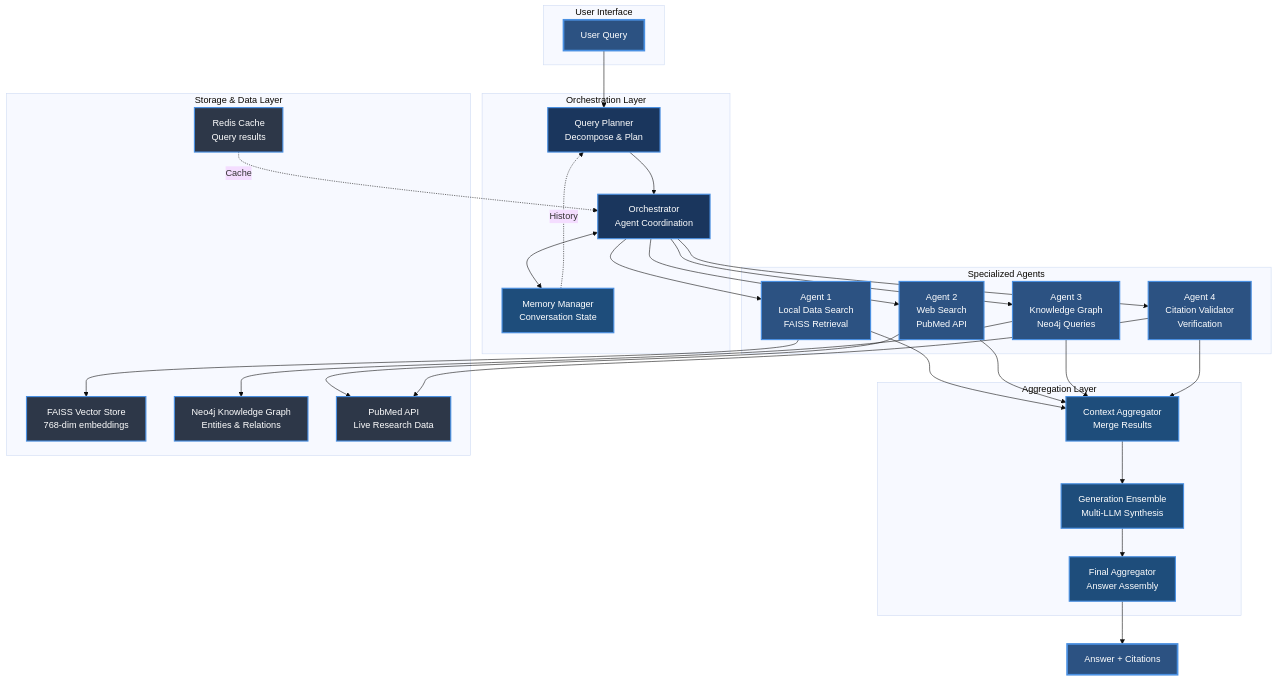
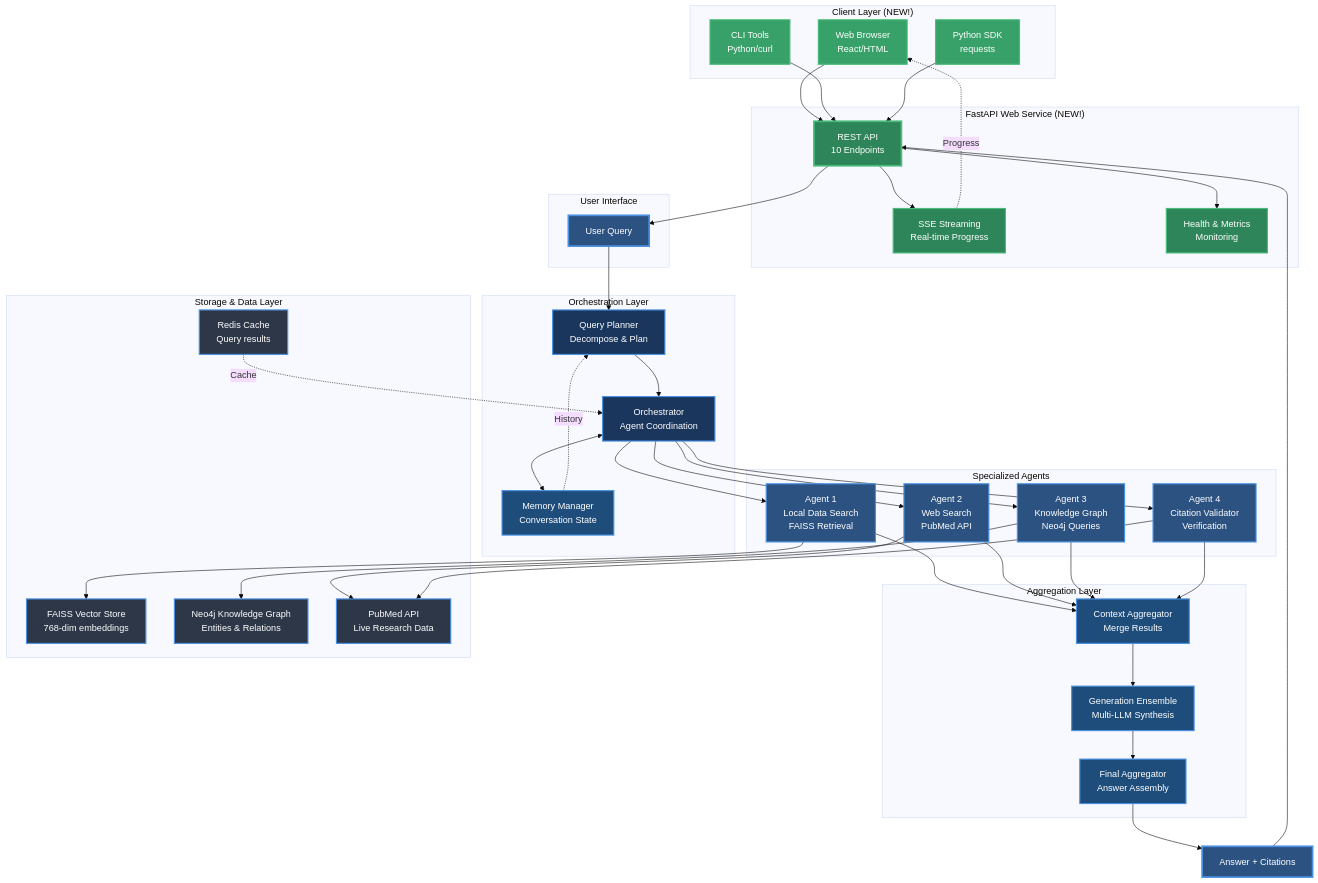
Before and after one commit to hkevin01/eeg-rag: diagram 15 of 26 in README.md, drawn with Mermaid (base theme). The commit also changed other lines of this file, not shown here.

Commit message:
feat: Add FastAPI Web Service with 10 endpoints and real-time SSE streaming

````diff
--- a/README.md
+++ b/README.md
@@ -1496,5 +1625,23 @@
 ```mermaid
 graph TB
+    subgraph "Client Layer (NEW!)"
+        WEB[Web Browser<br/>React/HTML]
+        CLI[CLI Tools<br/>Python/curl]
+        SDK[Python SDK<br/>requests]
+        style WEB fill:#38a169,stroke:#48bb78,stroke-width:2px,color:#fff
+        style CLI fill:#38a169,stroke:#48bb78,stroke-width:2px,color:#fff
+        style SDK fill:#38a169,stroke:#48bb78,stroke-width:2px,color:#fff
+    end
+
+    subgraph "FastAPI Web Service (NEW!)"
+        API[REST API<br/>10 Endpoints]
+        SSE[SSE Streaming<br/>Real-time Progress]
+        HEALTH[Health & Metrics<br/>Monitoring]
+        style API fill:#2f855a,stroke:#48bb78,stroke-width:3px,color:#fff
+        style SSE fill:#2f855a,stroke:#48bb78,stroke-width:2px,color:#fff
+        style HEALTH fill:#2f855a,stroke:#48bb78,stroke-width:2px,color:#fff
+    end
+
     subgraph "User Interface"
         USER[User Query]
         style USER fill:#2c5282,stroke:#4a90e2,stroke-width:3px,color:#fff
@@ -1540,6 +1687,14 @@
         style PUBMED fill:#2d3748,stroke:#4a90e2,stroke-width:2px,color:#fff
     end
 
+    WEB --> API
+    CLI --> API
+    SDK --> API
+    
+    API --> SSE
+    API --> HEALTH
+    API --> USER
+    
     USER --> PLANNER
     PLANNER --> ORCH
     ORCH <--> MEM
@@ -1561,6 +1716,9 @@
     CTX --> ENS
     ENS --> FINAL
     FINAL --> ANS[Answer + Citations]
+    
+    SSE -.Progress.-> WEB
+    ANS --> API
 
     REDIS -.Cache.-> ORCH
     MEM -.History.-> PLANNER
````
